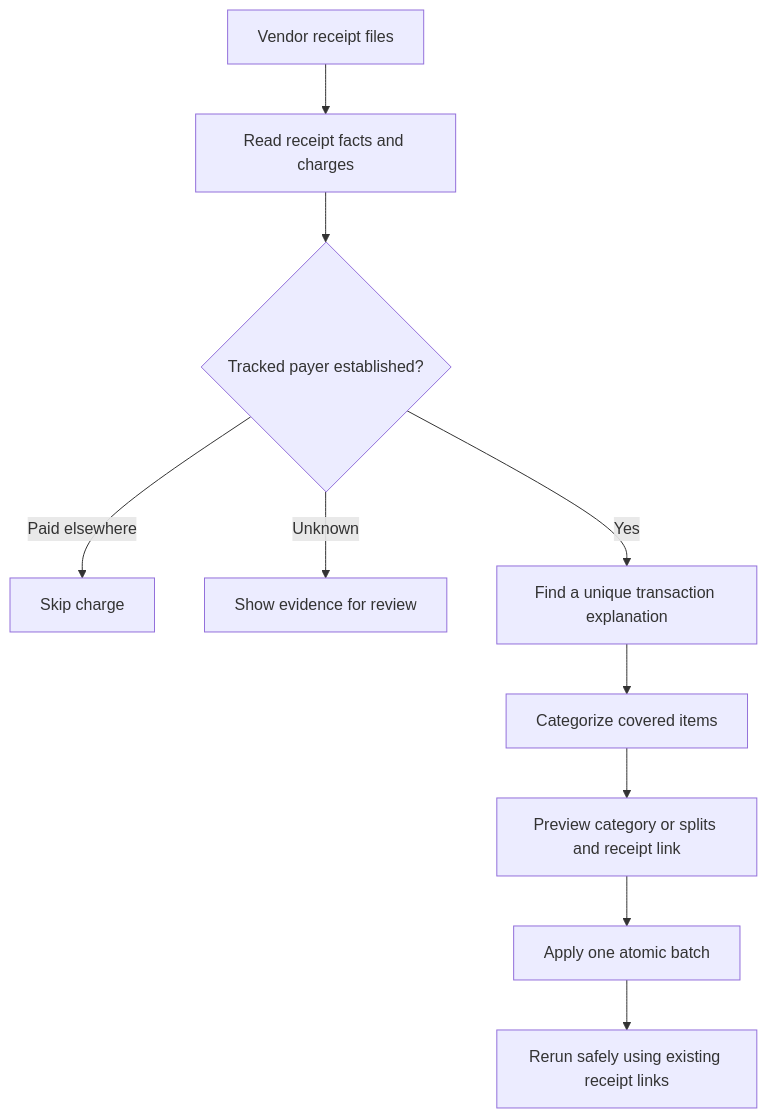
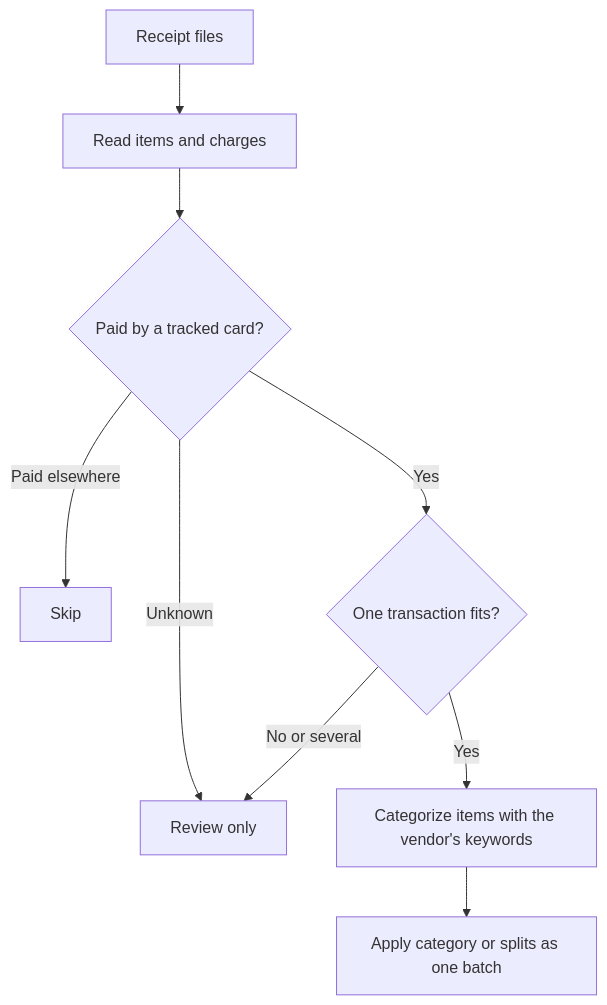
The second of 2 diagrams in docs/architecture/receipts.md (spinningyoyo/omsync), drawn with Mermaid before and after one commit. The commit also changed other lines of this file and 140 other files, not shown here.

````diff
--- a/docs/architecture/receipts.md
+++ b/docs/architecture/receipts.md
@@ -32,12 +20,11 @@
 ```mermaid
 flowchart TD
-    Files[Vendor receipt files] --> Facts[Read receipt facts and charges]
-    Facts --> Payer{Tracked payer established?}
-    Payer -->|Paid elsewhere| Skip[Skip charge]
-    Payer -->|Unknown| Review[Show evidence for review]
-    Payer -->|Yes| Match[Find a unique transaction explanation]
-    Match --> Categories[Categorize covered items]
-    Categories --> Preview[Preview category or splits and receipt link]
-    Preview --> Apply[Apply one atomic batch]
-    Apply --> Rerun[Rerun safely using existing receipt links]
+    Files[Receipt files] --> Facts[Read items and charges]
+    Facts --> Payer{Paid by a tracked card?}
+    Payer -->|Paid elsewhere| Skip[Skip]
+    Payer -->|Unknown| Review[Review only]
+    Payer -->|Yes| Match{One transaction fits?}
+    Match -->|No or several| Review
+    Match -->|Yes| Items[Categorize items with the vendor's keywords]
+    Items --> Apply[Apply category or splits as one batch]
 ```
````
